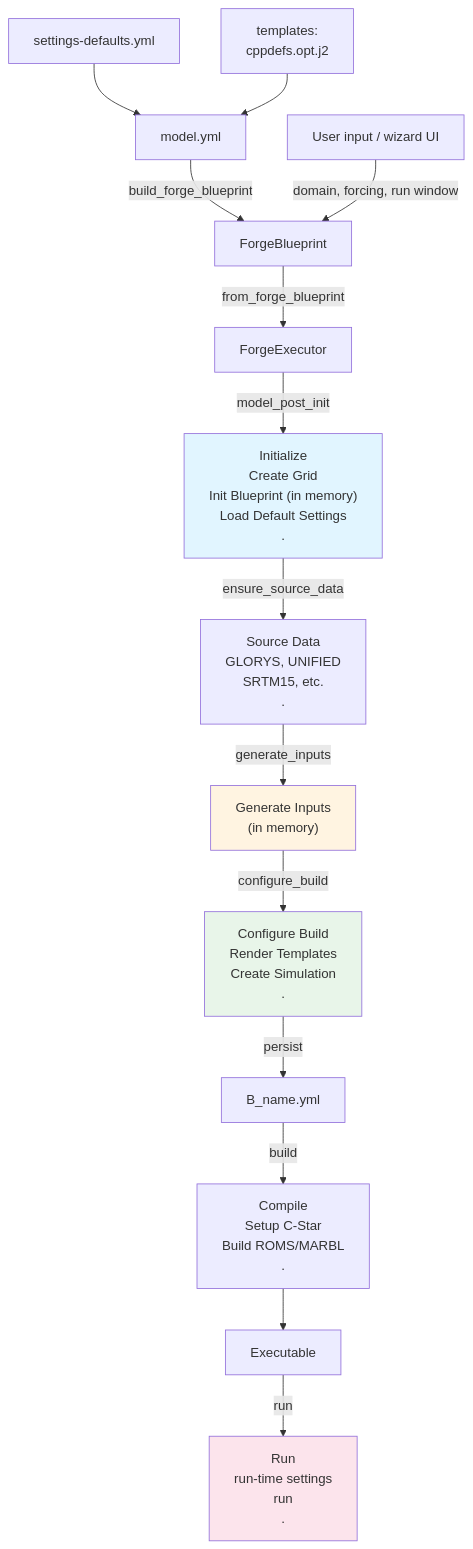
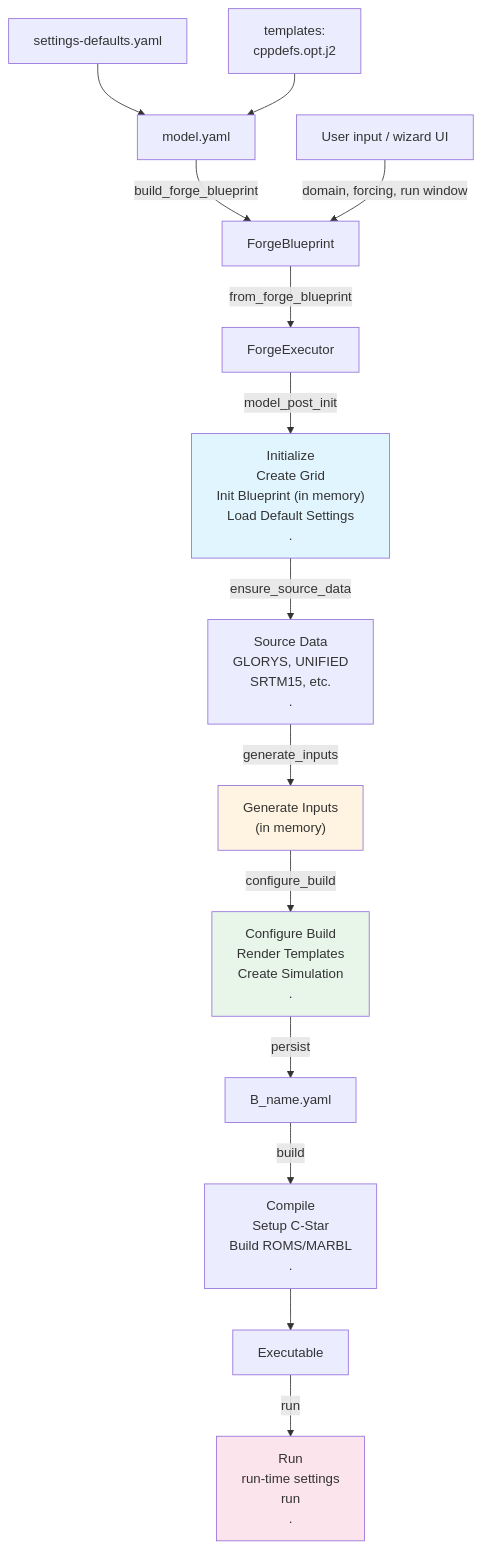
Before and after one commit to CWorthy-ocean/C-Star: the diagram in forge-import/docs/CStarSpecBuilder-overview.md, drawn with Mermaid. The commit also changed other lines of this file and 130 other files, not shown here.

Commit message:
update yml to yaml

````diff
--- a/forge-import/docs/CStarSpecBuilder-overview.md
+++ b/forge-import/docs/CStarSpecBuilder-overview.md
@@ -17,29 +17,29 @@
 ```{mermaid}
 flowchart TD
-    S[settings-defaults.yml] --> A[model.yml]
-    T["templates:<br/>cppdefs.opt.j2"] --> A[model.yml]
+    S[settings-defaults.yaml] --> A[model.yaml]
+    T["templates:<br/>cppdefs.opt.j2"] --> A[model.yaml]
     A -->|build_forge_blueprint| B[ForgeBlueprint]
 
     C["User input / wizard UI"] -->|domain, forcing, run window| B
 
     B -->|from_forge_blueprint| D[ForgeExecutor]
 
     D -->|model_post_init| E["Initialize<br/>Create Grid<br/>Init Blueprint (in memory)<br/>Load Default Settings<br/>."]
 
     E -->|ensure_source_data| G["Source Data<br/>GLORYS, UNIFIED<br/>SRTM15, etc.<br/>."]
 
     G -->|generate_inputs| H["Generate Inputs<br/>(in memory)"]
 
     H -->|configure_build| J["Configure Build<br/>Render Templates<br/>Create Simulation<br/>."]
-    J -->|persist| K[B_name.yml]
+    J -->|persist| K[B_name.yaml]
 
     K -->|build| L["Compile<br/>Setup C-Star<br/>Build ROMS/MARBL<br/>."]
     L --> M[Executable]
 
     M -->|run| N["Run<br/>run-time settings<br/>run<br/>."]
 
     style E fill:#e1f5ff
     style H fill:#fff4e1
     style J fill:#e8f5e9
     style N fill:#fce4ec
 ```
````
